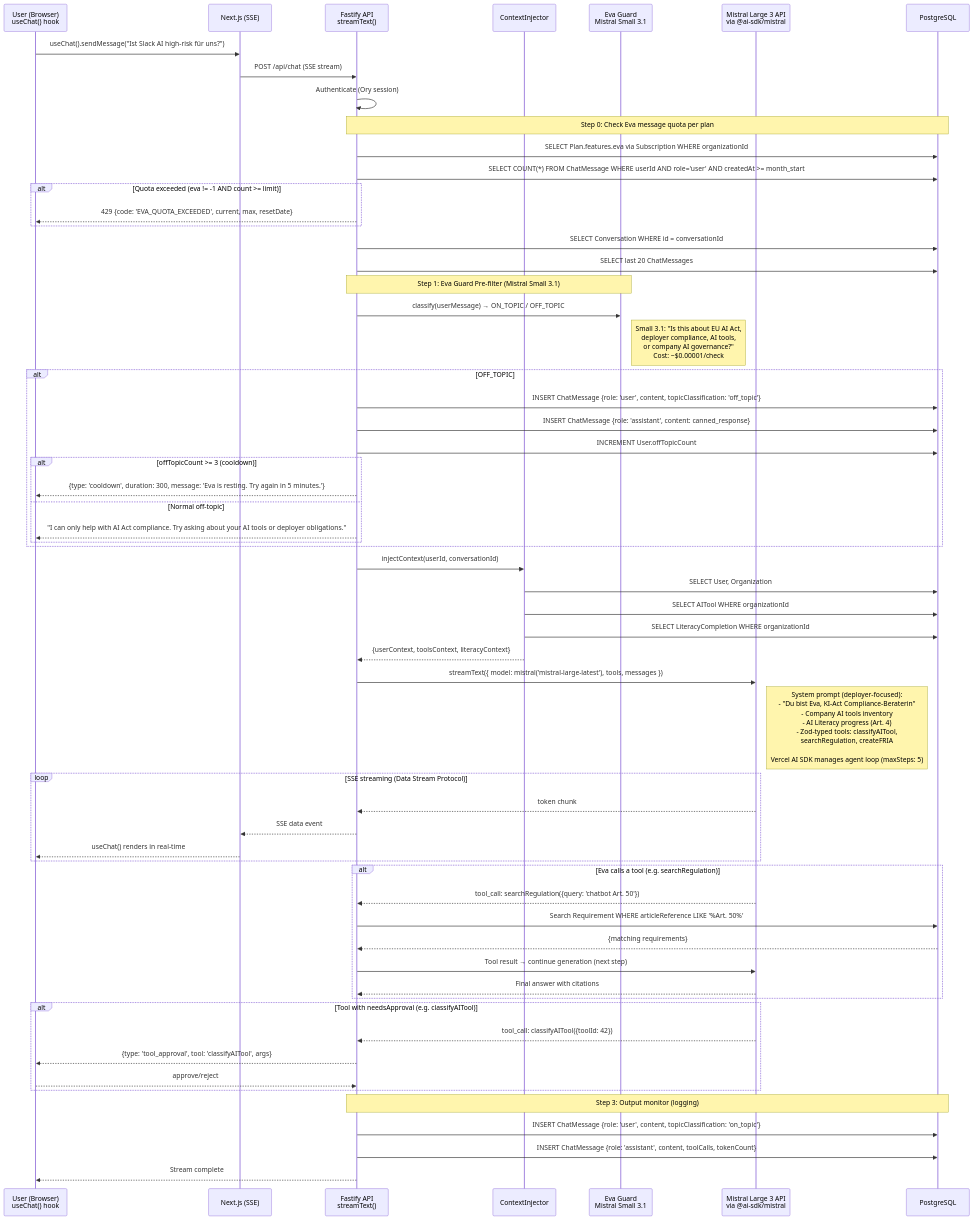
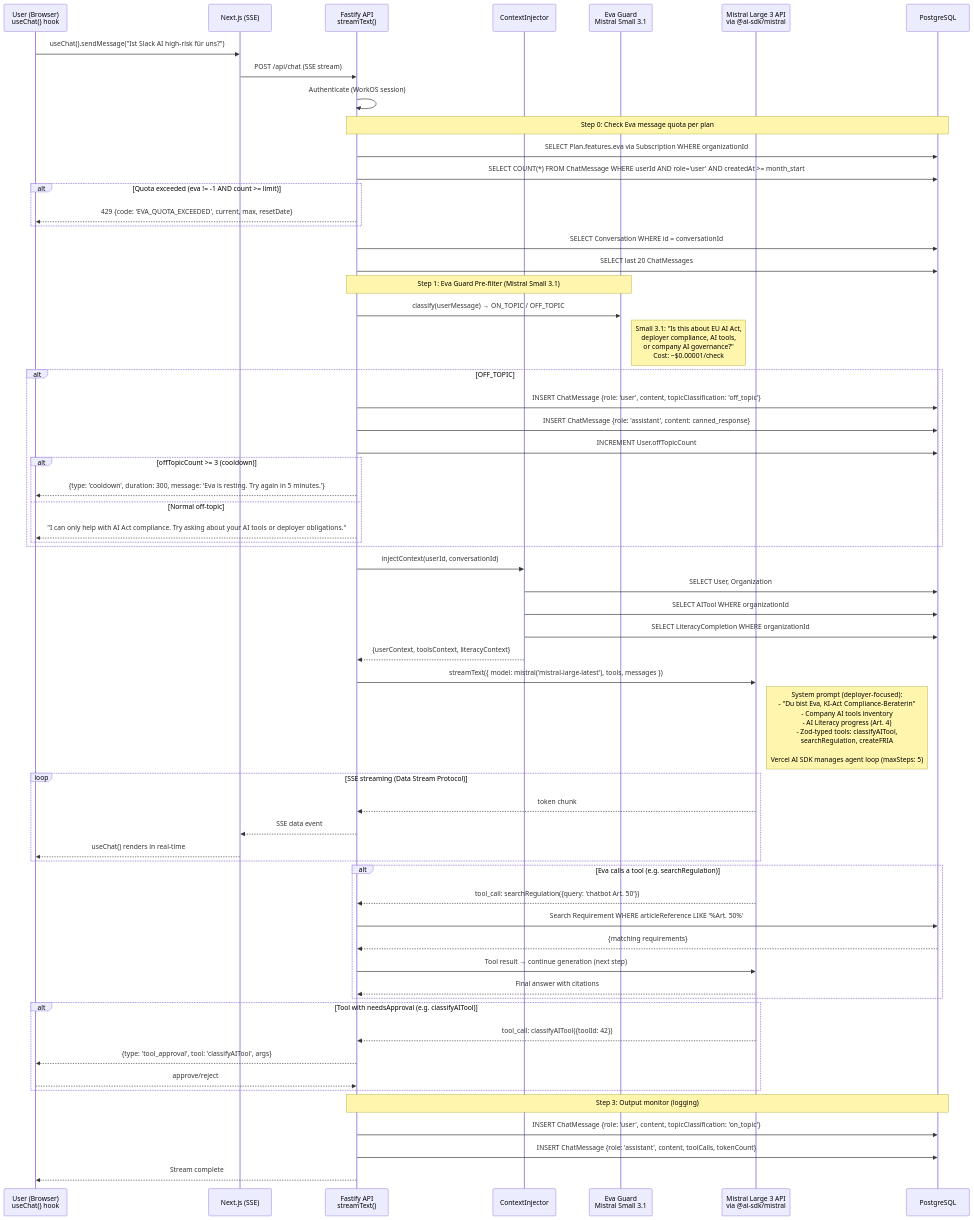
The fourth of 26 diagrams in docs/DATA-FLOWS.md (complior/complior), drawn with Mermaid before and after one commit. The commit also changed other lines of this file and 133 other files, not shown here.

````diff
--- a/docs/DATA-FLOWS.md
+++ b/docs/DATA-FLOWS.md
@@ -222,72 +226,72 @@
 ```mermaid
 sequenceDiagram
     participant User as User (Browser)<br/>useChat() hook
     participant Next as Next.js (SSE)
     participant API as Fastify API<br/>streamText()
     participant Context as ContextInjector
     participant Guard as Eva Guard<br/>Mistral Small 3.1
     participant LLM as Mistral Large 3 API<br/>via @ai-sdk/mistral
     participant DB as PostgreSQL
 
     User->>Next: useChat().sendMessage("Ist Slack AI high-risk für uns?")
     Next->>API: POST /api/chat (SSE stream)
-    API->>API: Authenticate (Ory session)
+    API->>API: Authenticate (WorkOS session)
 
     Note over API,DB: Step 0: Check Eva message quota per plan
     API->>DB: SELECT Plan.features.eva via Subscription WHERE organizationId
     API->>DB: SELECT COUNT(*) FROM ChatMessage WHERE userId AND role='user' AND createdAt >= month_start
     alt Quota exceeded (eva != -1 AND count >= limit)
         API-->>User: 429 {code: 'EVA_QUOTA_EXCEEDED', current, max, resetDate}
     end
 
     API->>DB: SELECT Conversation WHERE id = conversationId
     API->>DB: SELECT last 20 ChatMessages
 
     Note over API,Guard: Step 1: Eva Guard Pre-filter (Mistral Small 3.1)
     API->>Guard: classify(userMessage) → ON_TOPIC / OFF_TOPIC
     Note right of Guard: Small 3.1: "Is this about EU AI Act,<br/>deployer compliance, AI tools,<br/>or company AI governance?"<br/>Cost: ~$0.00001/check
     alt OFF_TOPIC
         API->>DB: INSERT ChatMessage {role: 'user', content, topicClassification: 'off_topic'}
         API->>DB: INSERT ChatMessage {role: 'assistant', content: canned_response}
         API->>DB: INCREMENT User.offTopicCount
         alt offTopicCount >= 3 (cooldown)
             API-->>User: {type: 'cooldown', duration: 300, message: 'Eva is resting. Try again in 5 minutes.'}
         else Normal off-topic
             API-->>User: "I can only help with AI Act compliance. Try asking about your AI tools or deployer obligations."
         end
     end
 
     API->>Context: injectContext(userId, conversationId)
     Context->>DB: SELECT User, Organization
     Context->>DB: SELECT AITool WHERE organizationId
     Context->>DB: SELECT LiteracyCompletion WHERE organizationId
     Context-->>API: {userContext, toolsContext, literacyContext}
 
     API->>LLM: streamText({ model: mistral('mistral-large-latest'), tools, messages })
     Note right of LLM: System prompt (deployer-focused):<br/>- "Du bist Eva, KI-Act Compliance-Beraterin"<br/>- Company AI tools inventory<br/>- AI Literacy progress (Art. 4)<br/>- Zod-typed tools: classifyAITool,<br/>  searchRegulation, createFRIA<br/><br/>Vercel AI SDK manages agent loop (maxSteps: 5)
 
     loop SSE streaming (Data Stream Protocol)
         LLM-->>API: token chunk
         API-->>Next: SSE data event
         Next-->>User: useChat() renders in real-time
     end
 
     alt Eva calls a tool (e.g. searchRegulation)
         LLM-->>API: tool_call: searchRegulation({query: 'chatbot Art. 50'})
         API->>DB: Search Requirement WHERE articleReference LIKE '%Art. 50%'
         DB-->>API: {matching requirements}
         API->>LLM: Tool result → continue generation (next step)
         LLM-->>API: Final answer with citations
     end
 
     alt Tool with needsApproval (e.g. classifyAITool)
         LLM-->>API: tool_call: classifyAITool({toolId: 42})
         API-->>User: {type: 'tool_approval', tool: 'classifyAITool', args}
         User-->>API: approve/reject
     end
 
     Note over API,DB: Step 3: Output monitor (logging)
     API->>DB: INSERT ChatMessage {role: 'user', content, topicClassification: 'on_topic'}
     API->>DB: INSERT ChatMessage {role: 'assistant', content, toolCalls, tokenCount}
     API-->>User: Stream complete
 ```
````
